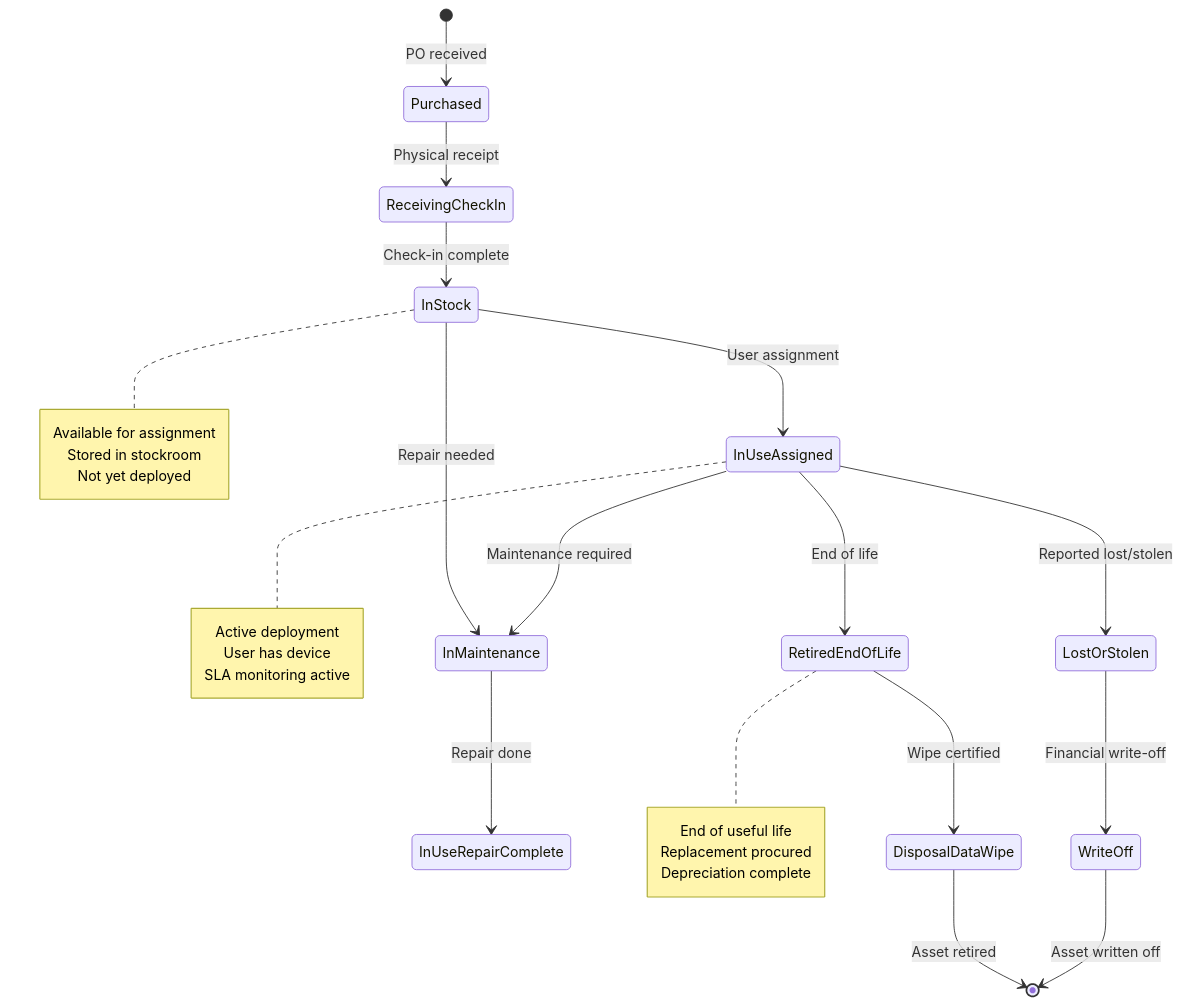
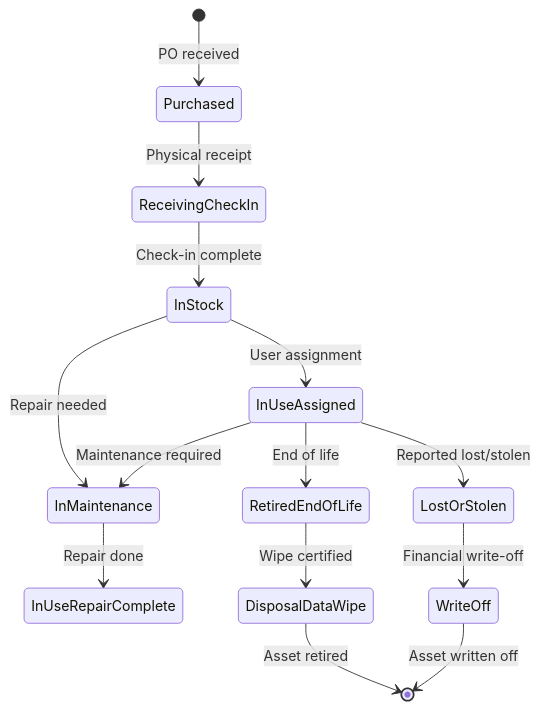
One commit to eltonaguiar/ServiceNow_Learning_TSOM-_CSM_FSM_SalesCRM_HAM_ITSM changed the eighth of 9 diagrams in docs/modules/ham/ham-guide.md. Above: the diagram before and after it, drawn with Mermaid. The commit also changed other lines of this file and 15 other files, not shown here.

First line of the commit message:
Fix table rendering and broken diagrams across all guide pages

````diff
--- a/docs/modules/ham/ham-guide.md
+++ b/docs/modules/ham/ham-guide.md
@@ -653,40 +627,25 @@
 ```mermaid
 stateDiagram-v2
     [*] --> Purchased: PO received
     
     Purchased --> ReceivingCheckIn: Physical receipt
     ReceivingCheckIn --> InStock: Check-in complete
     
     InStock --> InUseAssigned: User assignment
     InStock --> InMaintenance: Repair needed
     
     InUseAssigned --> InMaintenance: Maintenance required
     InMaintenance --> InUseRepairComplete: Repair done
     
     InUseAssigned --> RetiredEndOfLife: End of life
     InUseAssigned --> LostOrStolen: Reported lost/stolen
     
     RetiredEndOfLife --> DisposalDataWipe: Wipe certified
     LostOrStolen --> WriteOff: Financial write-off
     
     DisposalDataWipe --> [*]: Asset retired
     WriteOff --> [*]: Asset written off
     
-    note right of InStock
-        Available for assignment
-        Stored in stockroom
-        Not yet deployed
-    end note
     
-    note right of InUseAssigned
-        Active deployment
-        User has device
-        SLA monitoring active
-    end note
     
-    note right of RetiredEndOfLife
-        End of useful life
-        Replacement procured
-        Depreciation complete
-    end note
 ```
````
